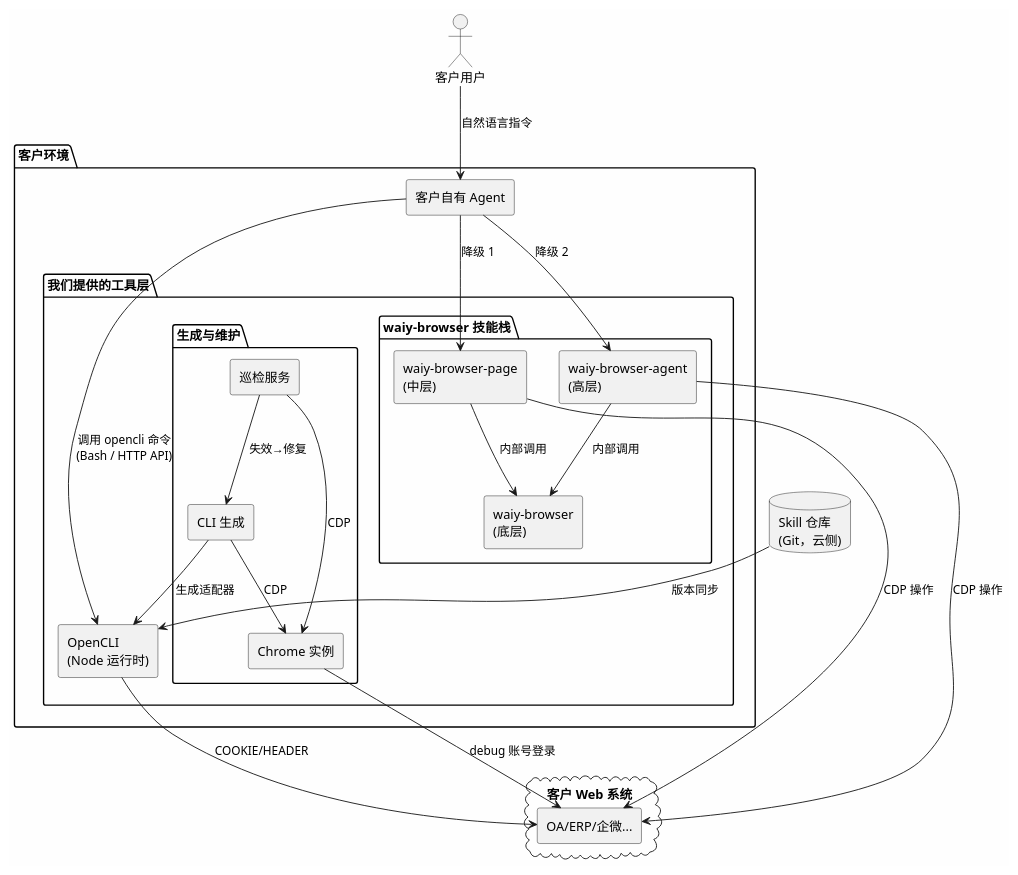
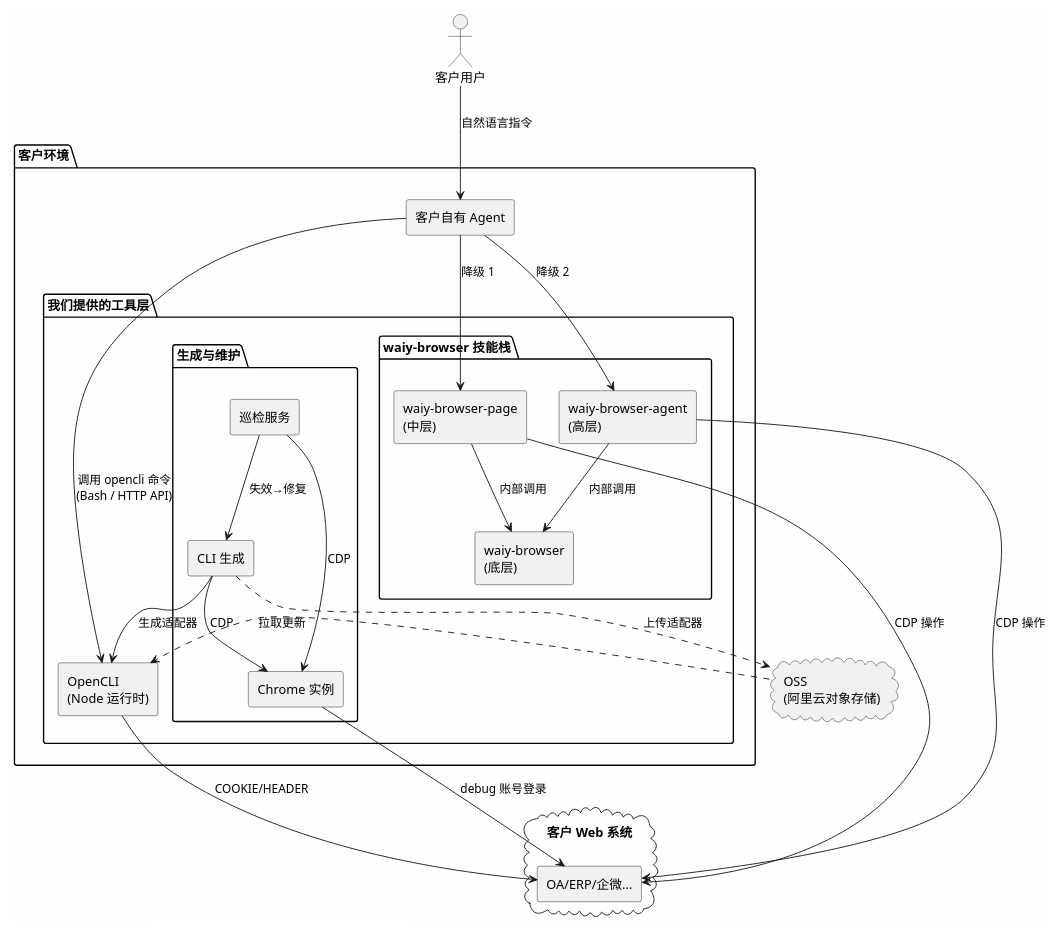
Before and after one commit to shadow-cyan/OpenCLI: the sixth of 7 diagrams in doc/office-automation-architecture.md, drawn with PlantUML. The commit also changed other lines of this file, not shown here.

First line of the commit message:
docs(architecture): replace Git repo with OSS distribution (沙箱→OSS→其他镜像)

````diff
--- a/doc/office-automation-architecture.md
+++ b/doc/office-automation-architecture.md
@@ -533,55 +533,56 @@
 ```plantuml
 @startuml
 skinparam componentStyle rectangle
 skinparam backgroundColor #FEFEFE
 
 actor "客户用户" as User
 
 package "客户环境" {
   [客户自有 Agent] as CA
 
   package "我们提供的工具层" {
     [OpenCLI\n(Node 运行时)] as OC
 
     package "waiy-browser 技能栈" {
       [waiy-browser-page\n(中层)] as BP
       [waiy-browser-agent\n(高层)] as BA
       [waiy-browser\n(底层)] as BW
 
       BP --> BW : 内部调用
       BA --> BW : 内部调用
     }
 
     package "生成与维护" {
       [CLI 生成] as Factory
       [巡检服务] as Patrol
       [Chrome 实例] as Chrome
 
       Factory --> Chrome : CDP
       Patrol --> Chrome : CDP
       Patrol --> Factory : 失效→修复
     }
 
     Factory --> OC : 生成适配器
   }
 
   CA --> OC : 调用 opencli 命令\n(Bash / HTTP API)
   CA --> BP : 降级 1
   CA --> BA : 降级 2
 }
 
-database "Skill 仓库\n(Git，云侧)" as Repo
+cloud "OSS\n(阿里云对象存储)" as OSS
 
 cloud "客户 Web 系统" {
   [OA/ERP/企微...] as WebSys
 }
 
 User --> CA : 自然语言指令
-Repo --> OC : 版本同步
+Factory ..> OSS : 上传适配器
+OSS ..> OC : 拉取更新
 OC --> WebSys : COOKIE/HEADER
 BP --> WebSys : CDP 操作
 BA --> WebSys : CDP 操作
 Chrome --> WebSys : debug 账号登录
 
 @enduml
 ```
````
